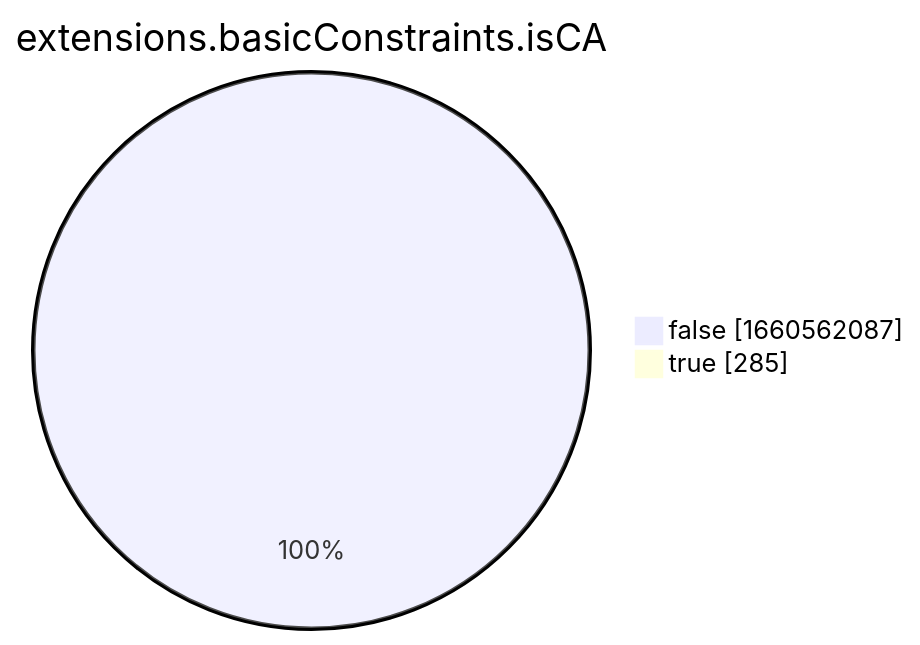
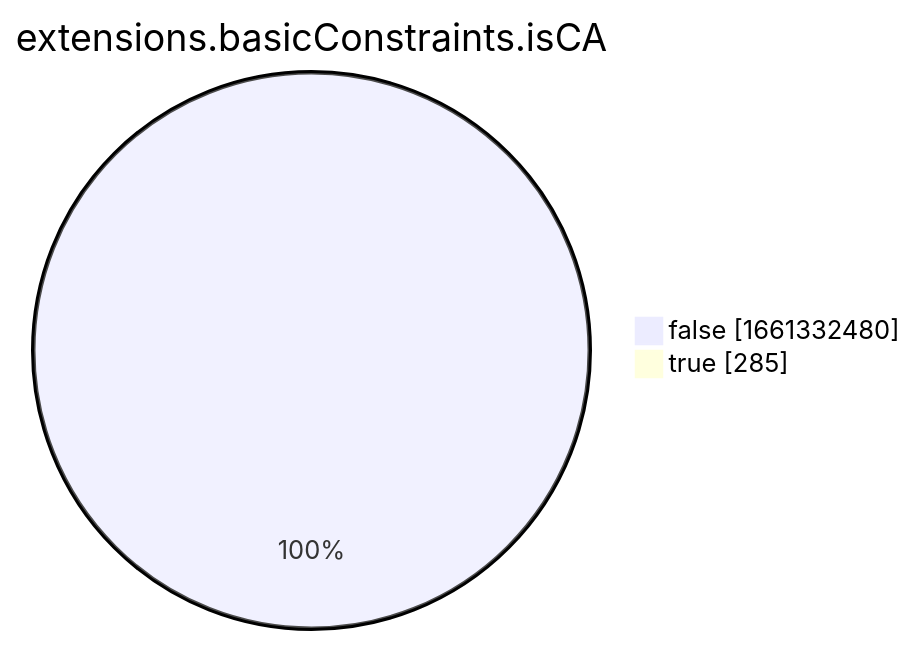
One commit to christiankrug/ctmonitor_visualization changed the eighth of 15 diagrams in xenon2022/README.md. Above: the diagram before and after it, drawn with Mermaid. The commit also changed other lines of this file, not shown here.

````diff
--- a/xenon2022/README.md
+++ b/xenon2022/README.md
@@ -2864,6 +2864,6 @@
 ```mermaid
 pie showData
 title extensions.basicConstraints.isCA
-"false" :1660562087
+"false" :1661332480
 "true" :285
 ```
````
